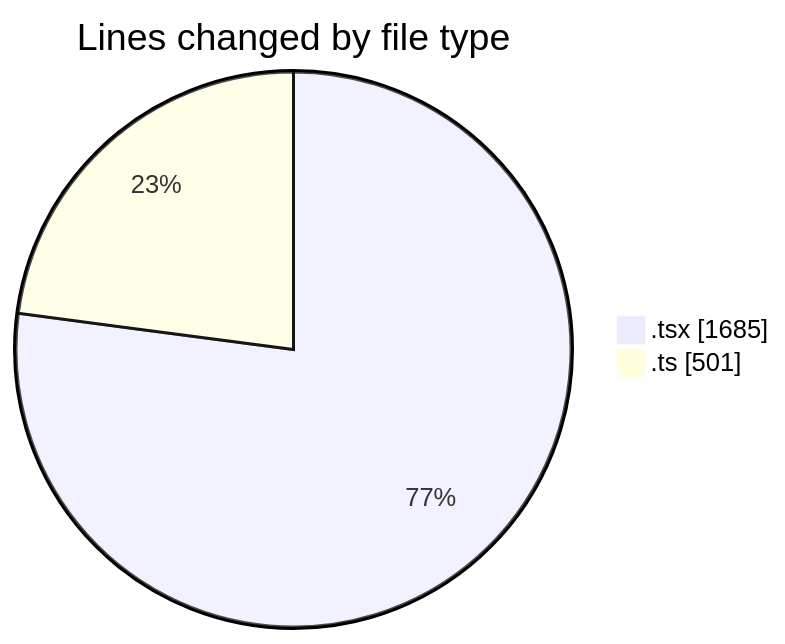
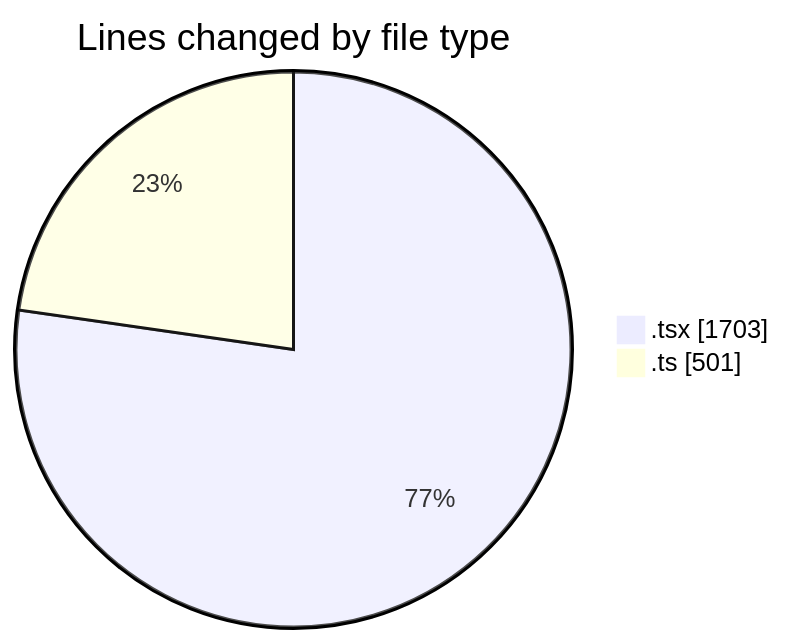
Before and after one commit to robertbonfada/code-tracking: the first of 2 diagrams in 2025-05-20/mbc-web/README.md, drawn with Mermaid. The commit also changed other lines of this file and 1 other file, not shown here.

````diff
--- a/2025-05-20/mbc-web/README.md
+++ b/2025-05-20/mbc-web/README.md
@@ -28,6 +28,6 @@
 ```mermaid
 pie showData
 title Lines changed by file type
-".tsx" : 1685
+".tsx" : 1703
 ".ts" : 501
 ```
````
